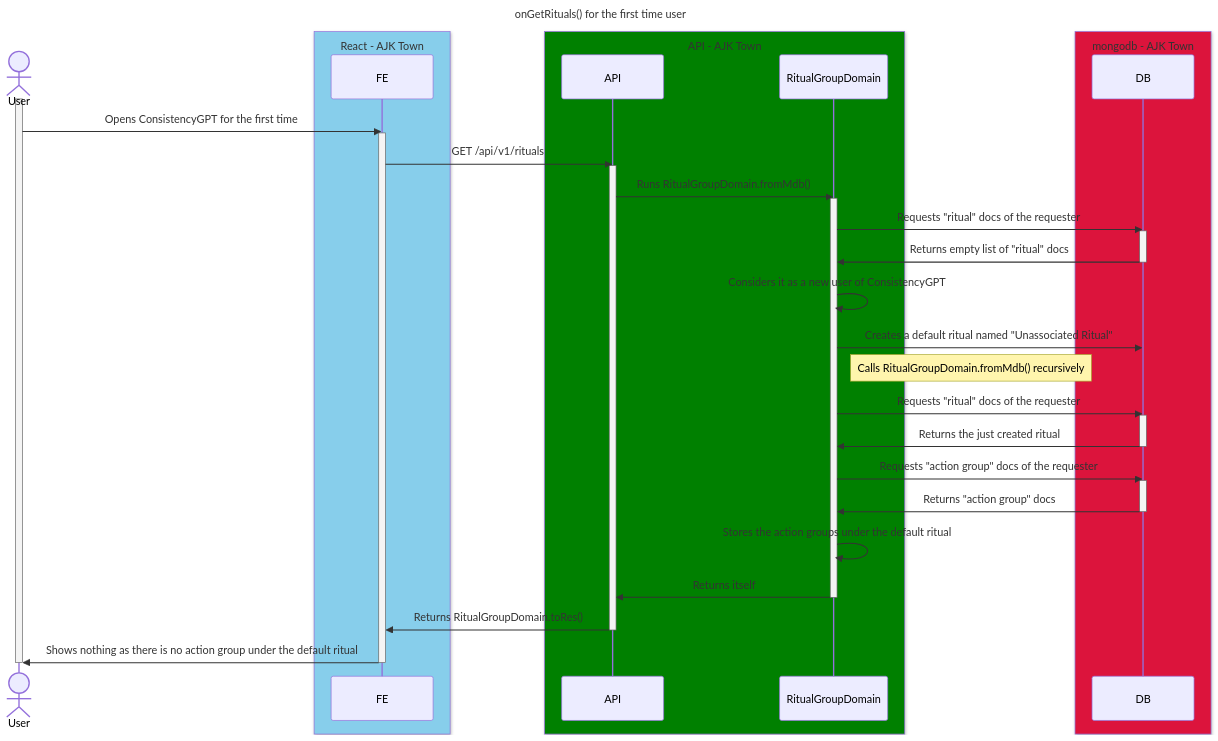
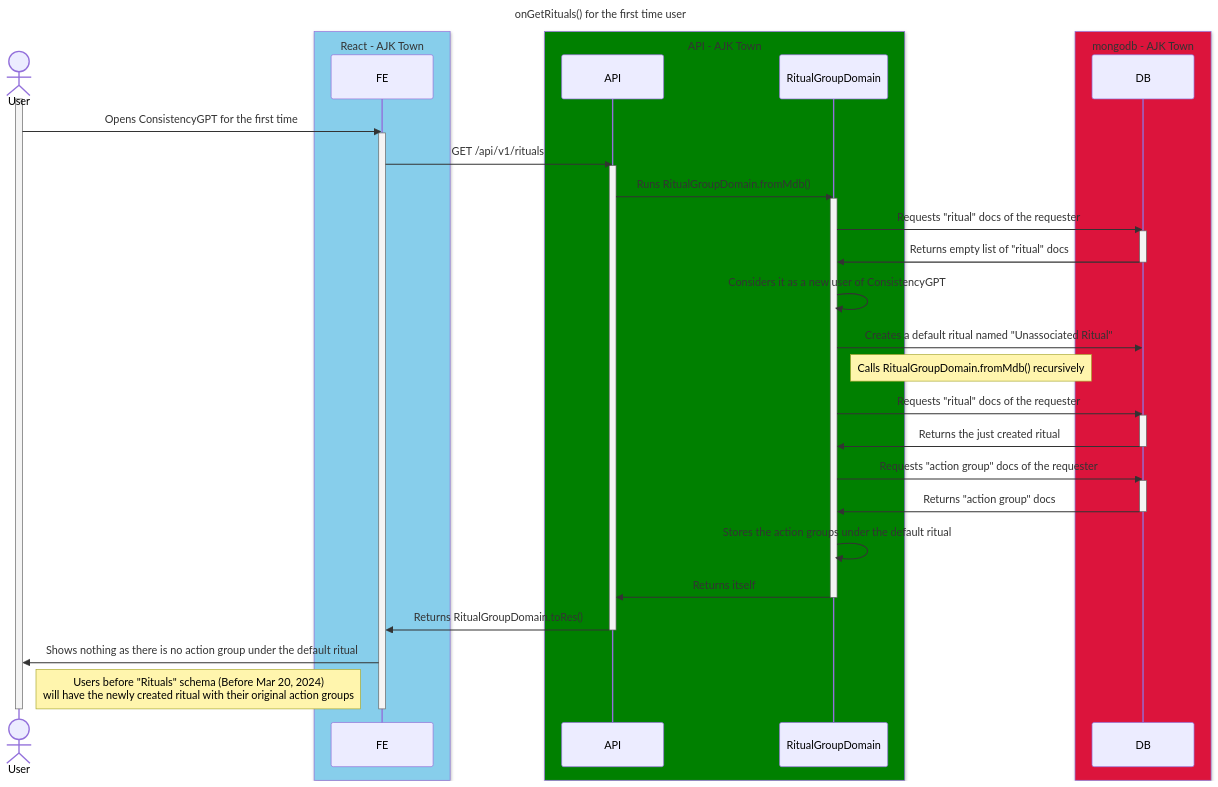
Before and after one commit to ajktown/docs: the diagram in dev_consistency/diagrams/on-get-rituals-first-time.md, drawn with Mermaid.

````diff
--- a/dev_consistency/diagrams/on-get-rituals-first-time.md
+++ b/dev_consistency/diagrams/on-get-rituals-first-time.md
@@ -18,49 +18,50 @@
 ```mermaid
 
 sequenceDiagram
 title: onGetRituals() for the first time user
 
 actor user as User
 box SkyBlue React - AJK Town
   participant fe as FE
 end
 box Green API - AJK Town
   participant api as API
   participant domain as RitualGroupDomain
 end
 box Crimson mongodb - AJK Town
   participant db as DB
 end
 
 
 activate user
   user ->> fe: Opens ConsistencyGPT for the first time
   activate fe
     fe ->> api: GET /api/v1/rituals
     activate api
       api ->> domain: Runs RitualGroupDomain.fromMdb()
       activate domain
         domain ->> db: Requests "ritual" docs of the requester
         activate db
           db ->> domain: Returns empty list of "ritual" docs
         deactivate db
         domain ->> domain: Considers it as a new user of ConsistencyGPT
         domain ->> db: Creates a default ritual named "Unassociated Ritual"
         Note right of domain: Calls RitualGroupDomain.fromMdb() recursively
         domain ->> db: Requests "ritual" docs of the requester
         activate db
           db ->> domain: Returns the just created ritual
         deactivate db
         domain ->> db: Requests "action group" docs of the requester
         activate db
           db ->> domain: Returns "action group" docs
         deactivate db
         domain ->> domain: Stores the action groups under the default ritual
         domain ->> api: Returns itself
       deactivate domain
       api ->> fe: Returns RitualGroupDomain.toRes()
     deactivate api
     fe ->> user: Shows nothing as there is no action group under the default ritual
+    Note right of user: Users before "Rituals" schema (Before Mar 20, 2024) <br/>will have the newly created ritual with their original action groups
   deactivate fe
 deactivate user
 ```
````
